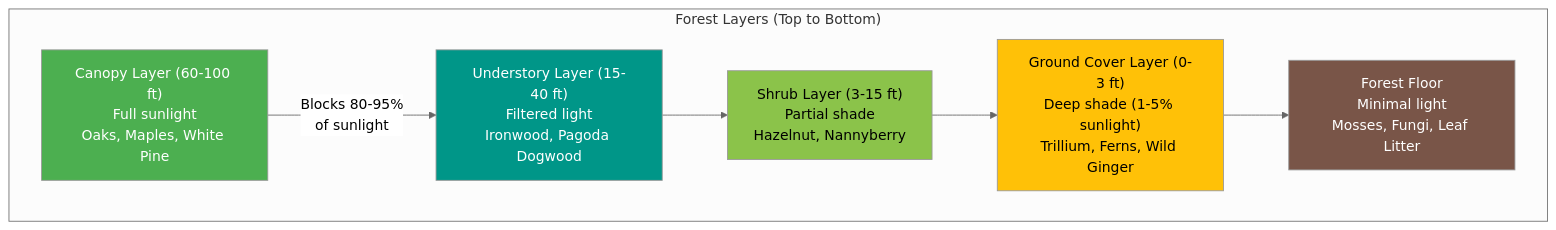
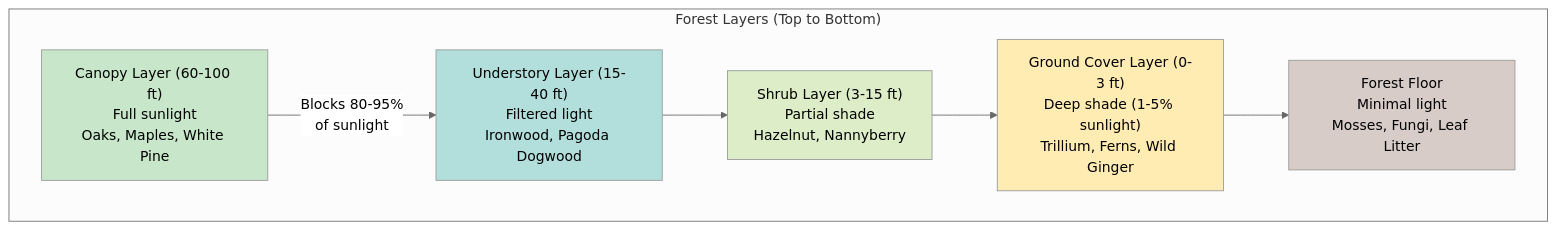
The first of 2 diagrams in docs/chapters/04-woodland-forest-plants/index.md (arunbatchu/minnesota-native-plants), drawn with Mermaid (neutral theme) before and after one commit. The commit also changed other lines of this file and 10 other files, not shown here.

First line of the commit message:
Switch Mermaid diagrams to pastel palette — black text on light backgrounds

````diff
--- a/docs/chapters/04-woodland-forest-plants/index.md
+++ b/docs/chapters/04-woodland-forest-plants/index.md
@@ -43,21 +43,21 @@
 ```mermaid
 flowchart TD
     subgraph forest["Forest Layers (Top to Bottom)"]
         CAN["Canopy Layer (60-100 ft)<br/>Full sunlight<br/>Oaks, Maples, White Pine"]
         UND["Understory Layer (15-40 ft)<br/>Filtered light<br/>Ironwood, Pagoda Dogwood"]
         SHR["Shrub Layer (3-15 ft)<br/>Partial shade<br/>Hazelnut, Nannyberry"]
         GRD["Ground Cover Layer (0-3 ft)<br/>Deep shade (1-5% sunlight)<br/>Trillium, Ferns, Wild Ginger"]
         FLR["Forest Floor<br/>Minimal light<br/>Mosses, Fungi, Leaf Litter"]
     end
 
     CAN -->|"Blocks 80-95%<br/>of sunlight"| UND
     UND --> SHR
     SHR --> GRD
     GRD --> FLR
 
-    style CAN fill:#4CAF50,color:#fff
-    style UND fill:#009688,color:#fff
-    style SHR fill:#8BC34A,color:#000
-    style GRD fill:#FFC107,color:#000
-    style FLR fill:#795548,color:#fff
+    style CAN fill:#C8E6C9,color:#000
+    style UND fill:#B2DFDB,color:#000
+    style SHR fill:#DCEDC8,color:#000
+    style GRD fill:#FFECB3,color:#000
+    style FLR fill:#D7CCC8,color:#000
 ```
````
